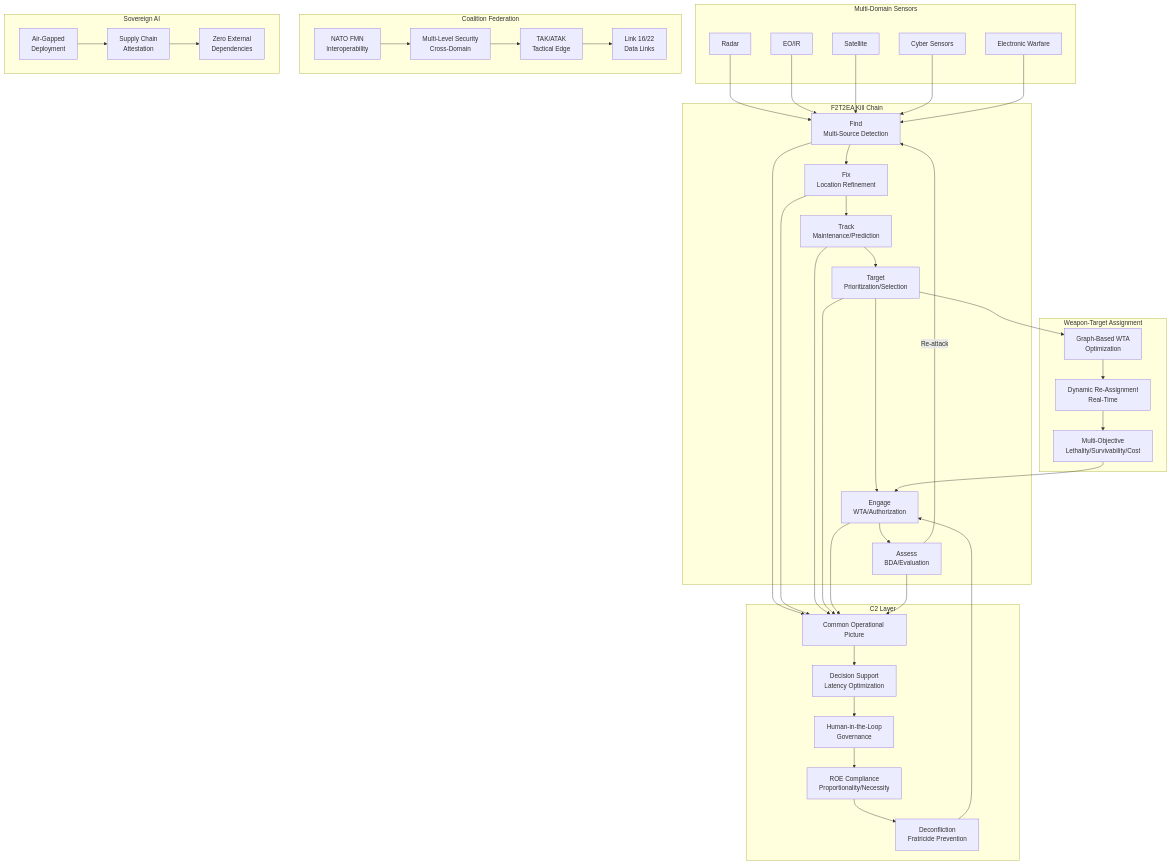
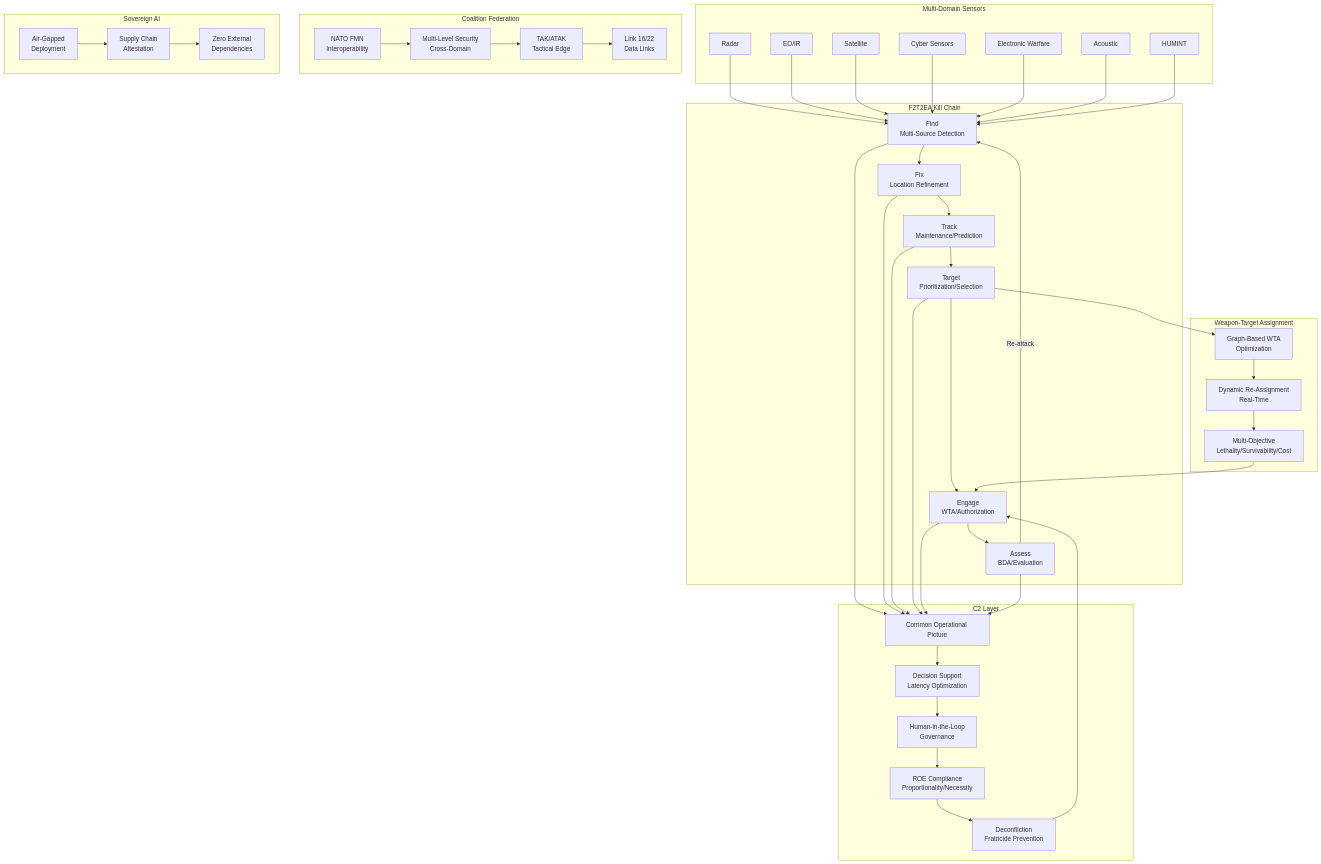
The first of 5 diagrams in README.md (AAH20/Apex_JADC2), drawn with Mermaid before and after one commit. The commit also changed other lines of this file and 4 other files, not shown here.

Commit message:
Enhance: README, demos, gap analysis, mermaid diagrams, CI/CD, Docker, Helm, Terraform

```diff
--- a/README.md
+++ b/README.md
@@ -12,6 +23,8 @@
         SAT[Satellite]
         CYBER[Cyber Sensors]
         EW[Electronic Warfare]
+        ACOUSTIC[Acoustic]
+        HUMINT[HUMINT]
     end
 
     subgraph F2T2EA["F2T2EA Kill Chain"]
@@ -55,6 +68,8 @@
     SAT --> FIND
     CYBER --> FIND
     EW --> FIND
+    ACOUSTIC --> FIND
+    HUMINT --> FIND
 
     FIND --> FIX --> TRACK --> TARGET --> ENGAGE --> ASSESS
     ASSESS -->|Re-attack| FIND
```
